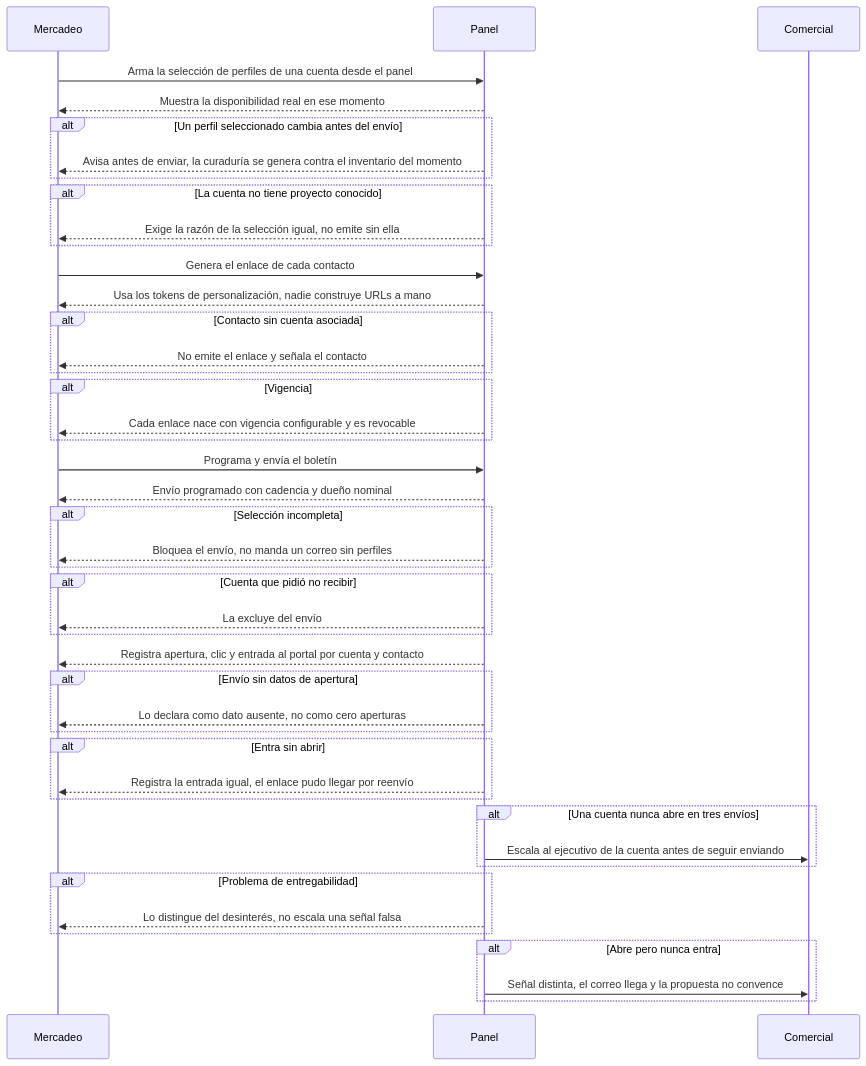
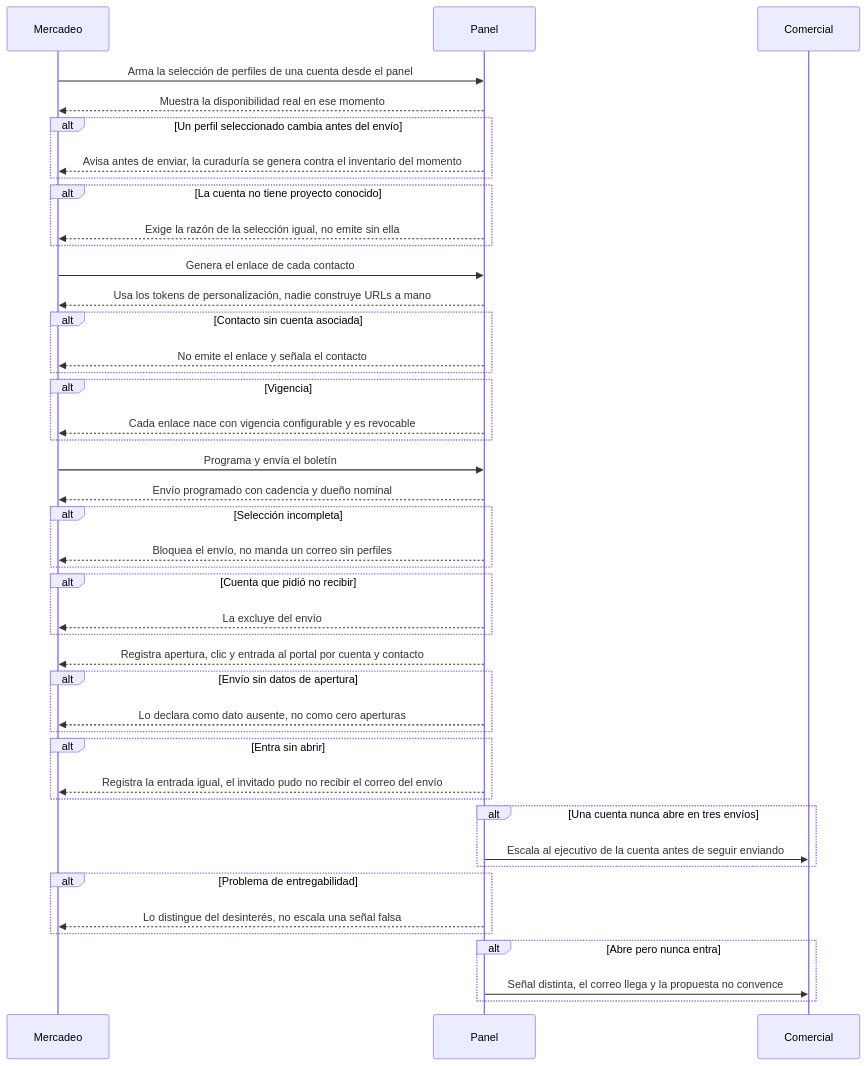
The diagram in docs/06-flows/EP-011-correo-curado-y-distribucion.md (JesusSeguraCO/ps-app-neural), drawn with Mermaid before and after one commit. The commit also changed 98 other files, not shown here.

```diff
--- a/docs/06-flows/EP-011-correo-curado-y-distribucion.md
+++ b/docs/06-flows/EP-011-correo-curado-y-distribucion.md
@@ -81,7 +81,7 @@
   %% HU-116
   alt Entra sin abrir
     %% HU-116
-    P-->>M: Registra la entrada igual, el enlace pudo llegar por reenvío
+    P-->>M: Registra la entrada igual, el invitado pudo no recibir el correo del envío
   end
 
   %% HU-117
```
